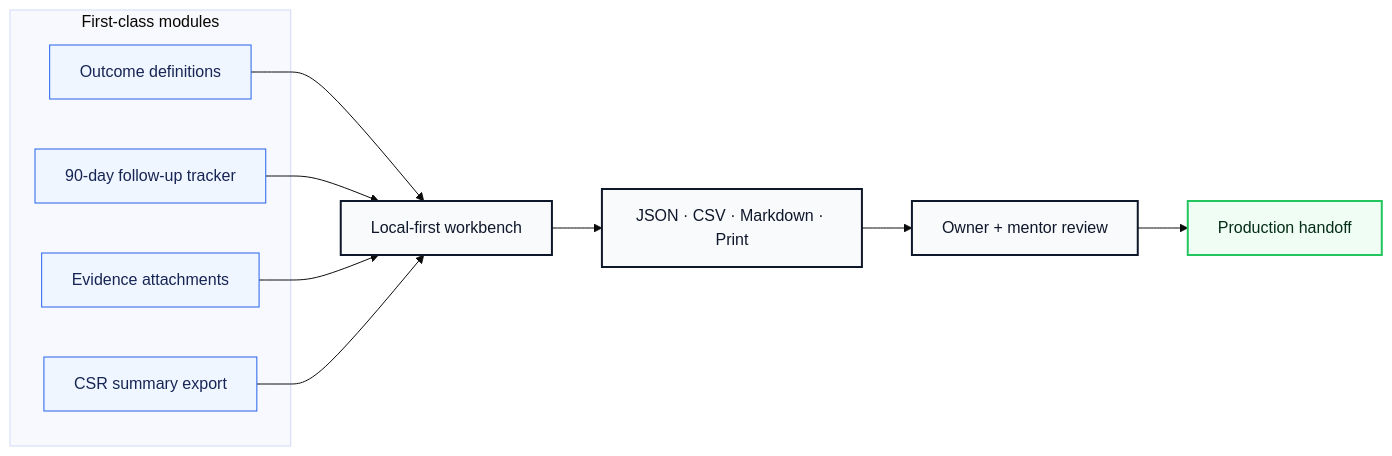
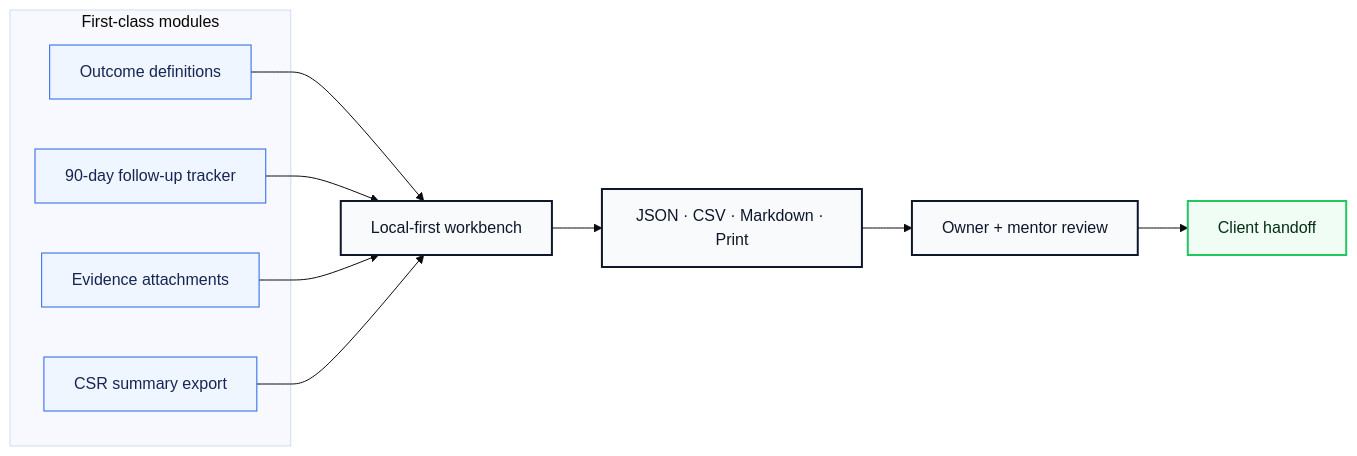
Before and after one commit to volta-npo/impact-metrics-ledger: the second of 3 diagrams in README.md, drawn with Mermaid (base theme). The commit also changed other lines of this file and 28 other files, not shown here.

````diff
--- a/README.md
+++ b/README.md
@@ -64,23 +64,23 @@
 ```mermaid
 flowchart LR
     subgraph Modules["First-class modules"]
         M1["Outcome definitions"]
         M2["90-day follow-up tracker"]
         M3["Evidence attachments"]
         M4["CSR summary export"]
     end
     M1 --> Workbench
     M2 --> Workbench
     M3 --> Workbench
     M4 --> Workbench
     Workbench["Local-first workbench"] --> Exports["JSON · CSV · Markdown · Print"]
     Exports --> Review["Owner + mentor review"]
-    Review --> Launch["Production handoff"]
+    Review --> Launch["Client handoff"]
 
     classDef module fill:#eff6ff,stroke:#2563eb,color:#172554;
     classDef app fill:#f8fafc,stroke:#0f172a,color:#0f172a,stroke-width:2px;
     classDef launch fill:#f0fdf4,stroke:#22c55e,color:#052e16,stroke-width:2px;
     class M1,M2,M3,M4 module;
     class Workbench,Exports,Review app;
     class Launch launch;
 ```
````
